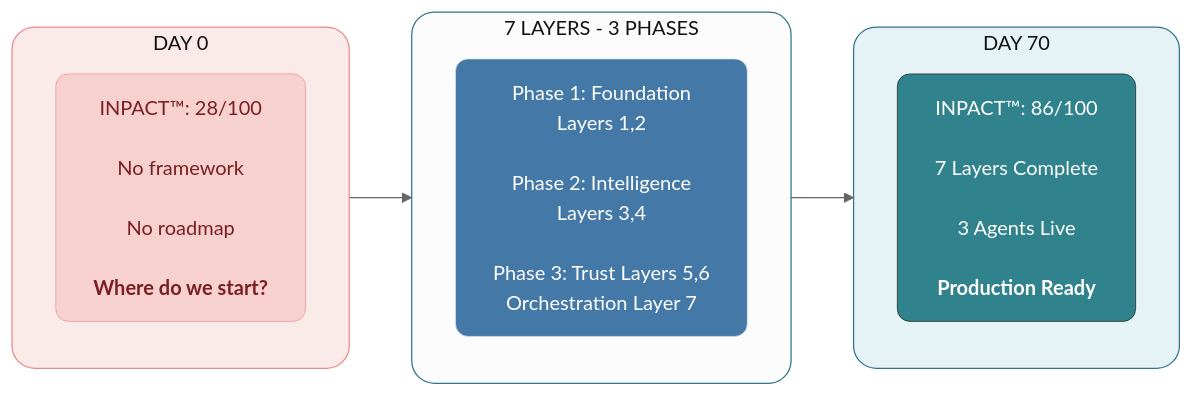
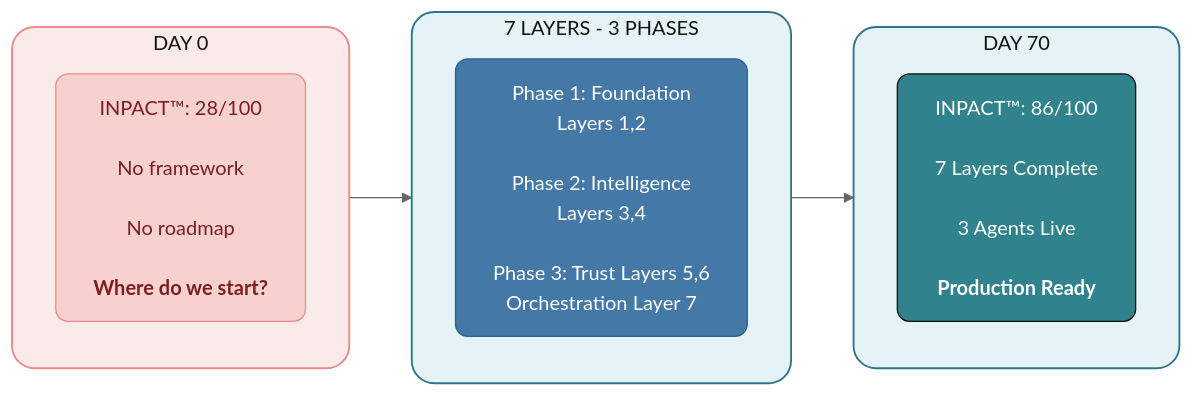
Before and after one commit to saitejesh-cyber/trust-before-intelligence-book: the first of 4 diagrams in manuscript/04_chapter_3_from_bi_to_agent.md, drawn with Mermaid (neutral theme).

Commit message:
Fixed causing parse failure

````diff
--- a/manuscript/04_chapter_3_from_bi_to_agent.md
+++ b/manuscript/04_chapter_3_from_bi_to_agent.md
@@ -6,28 +6,28 @@
 ```mermaid
 
 graph LR
     subgraph BEFORE["DAY 0"]
         direction TB
         B1["INPACT™: 28/100<br/><br/>No framework<br/><br/>No roadmap<br/><br/><b>Where do we start?</b>"]
     end
     
     subgraph PHASES["7 LAYERS - 3 PHASES"]
         direction TB
         P1["Phase 1: Foundation<br/>Layers 1,2<br/><br/>Phase 2: Intelligence<br/>Layers 3,4<br/><br/>Phase 3: Trust Layers 5,6<br/> Orchestration Layer 7"]
     end
     
     subgraph AFTER["DAY 70"]
         direction TB
         A1["INPACT™: 86/100<br/><br/>7 Layers Complete<br/><br/>3 Agents Live<br/><br/><b>Production Ready</b>"]
     end
     
     BEFORE --> PHASES --> AFTER
 
-    style BEFORE fill:#FBEAEA,stroke:#EB898B,stroke-width:1px,color:#121212,rx:18,ry:18
-    style B1 fill:#F6D1CE,stroke:#EB898B,stroke-width:0.5px,color:#7A1F22,rx:10,ry:10
-    style PHASES fill:##E6F3F6,stroke:#32738C,stroke-width:1px,color:#121212,rx:18,ry:18
-    style P1 fill:#4478A6,stroke:#e4ebed,stroke-width:0.5px,color:#FFFFFF,rx:10,ry:10
-    style AFTER fill:#E6F3F6,stroke:#32738C,stroke-width:1px,color:#121212,rx:18,ry:18
-    style A1 fill:#30838C,stroke:#0D0D0D,stroke-width:0.5px,color:#ffffff,rx:10,ry:10
+    style BEFORE fill:#FBEAEA,stroke:#EB898B,stroke-width:1.5px,color:#121212,rx:18,ry:18
+    style PHASES fill:#E6F3F6,stroke:#32738C,stroke-width:1.5px,color:#121212,rx:18,ry:18
+    style AFTER fill:#E6F3F6,stroke:#32738C,stroke-width:1.5px,color:#121212,rx:18,ry:18
+    style B1 fill:#F6D1CE,stroke:#EB898B,stroke-width:1px,color:#7A1F22,rx:10,ry:10
+    style P1 fill:#4478A6,stroke:#2F5F8A,stroke-width:1px,color:#FFFFFF,rx:10,ry:10
+    style A1 fill:#30838C,stroke:#0D0D0D,stroke-width:1px,color:#FFFFFF,rx:10,ry:10
 
 ```
````
